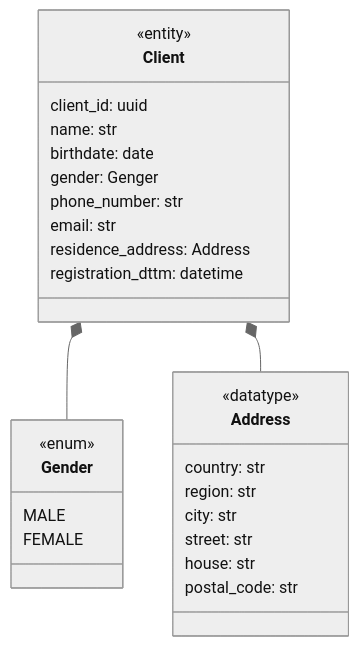
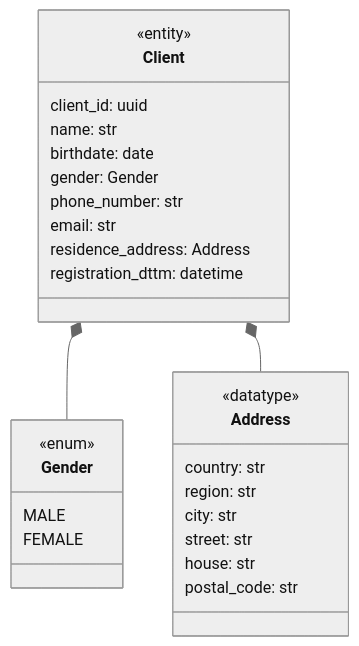
The first of 6 diagrams in docs/db_schema/Сервисы предприятия.md (vgorbikov/dq-practice), drawn with Mermaid (neutral theme) before and after one commit. The commit also changed other lines of this file and 1 other file, not shown here.

Commit message:
upd raw data specification

````diff
--- a/docs/db_schema/Сервисы предприятия.md
+++ b/docs/db_schema/Сервисы предприятия.md
@@ -19,32 +19,32 @@
 ```mermaid
 classDiagram
 
 class Client <<entity>> {
     client_id: uuid
     name: str
     birthdate: date
-    gender: Genger
+    gender: Gender
     phone_number: str
     email: str
     residence_address: Address
     registration_dttm: datetime
 }
 
 class Gender <<enum>> {
     MALE 
     FEMALE
 }
 
 class Address <<datatype>> {
     country: str
     region: str 
     city: str
     street: str
     house: str
     postal_code: str
 }
 
 Client *-- Gender
 Client *-- Address
 
 ```
````
